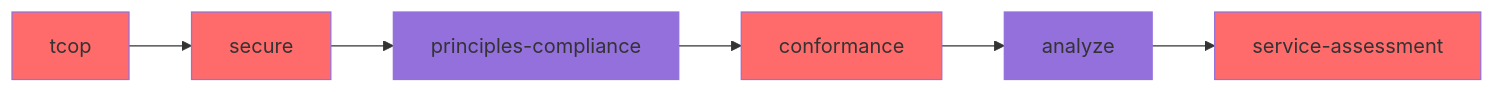
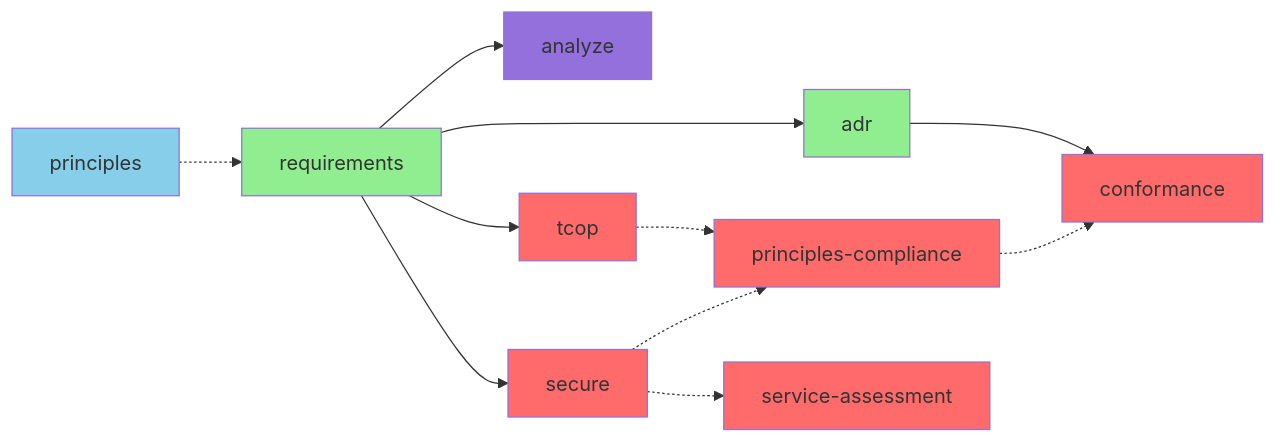
Diagram 14 of 14 in docs/WORKFLOW-DIAGRAMS.md (tractorjuice/arc-kit), drawn with Mermaid before and after one commit. The commit also changed other lines of this file, not shown here.

First line of the commit message:
docs: redraw WORKFLOW-DIAGRAMS.md from the dependency data

````diff
--- a/docs/WORKFLOW-DIAGRAMS.md
+++ b/docs/WORKFLOW-DIAGRAMS.md
@@ -1053,15 +1343,38 @@
 ```mermaid
 graph LR
-    A[tcop] --> B[secure]
-    B --> C[principles-compliance]
-    C --> D[conformance]
-    D --> E[analyze]
-    E --> F[service-assessment]
+    %% Tier 0
+    principles[principles]
+    %% Tier 4
+    requirements[requirements]
+    %% Tier 6
+    adr[adr]
+    %% Tier 12
+    analyze[analyze]
+    %% Tier 13
+    principles_compliance[principles-compliance]
+    conformance[conformance]
+    service_assessment[service-assessment]
+    tcop[tcop]
+    secure[secure]
 
-    style A fill:#FF6B6B
-    style B fill:#FF6B6B
-    style C fill:#9370DB
-    style D fill:#FF6B6B
-    style E fill:#9370DB
-    style F fill:#FF6B6B
+    principles -.-> requirements
+    requirements --> adr
+    requirements --> analyze
+    tcop -.-> principles_compliance
+    secure -.-> principles_compliance
+    adr --> conformance
+    principles_compliance -.-> conformance
+    secure -.-> service_assessment
+    requirements --> tcop
+    requirements --> secure
+
+    style principles fill:#87CEEB
+    style requirements fill:#90EE90
+    style adr fill:#90EE90
+    style analyze fill:#9370DB
+    style principles_compliance fill:#FF6B6B
+    style conformance fill:#FF6B6B
+    style service_assessment fill:#FF6B6B
+    style tcop fill:#FF6B6B
+    style secure fill:#FF6B6B
 ```
````
